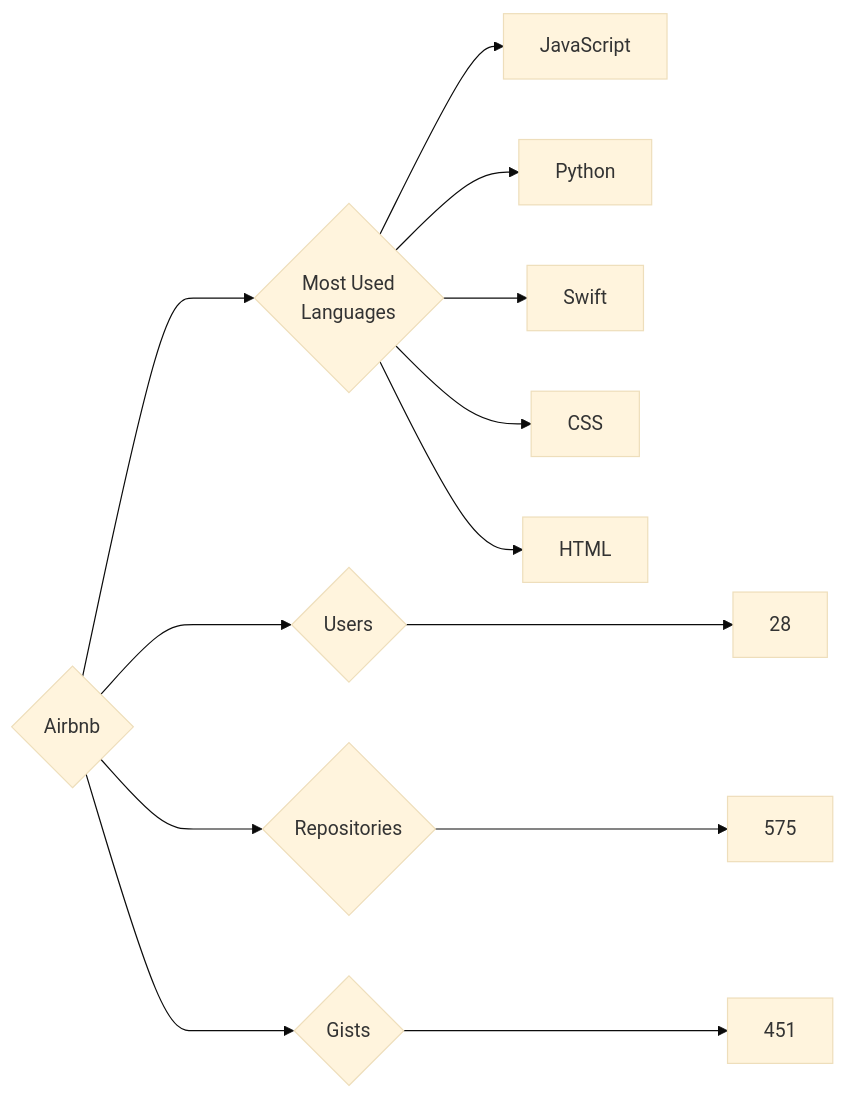
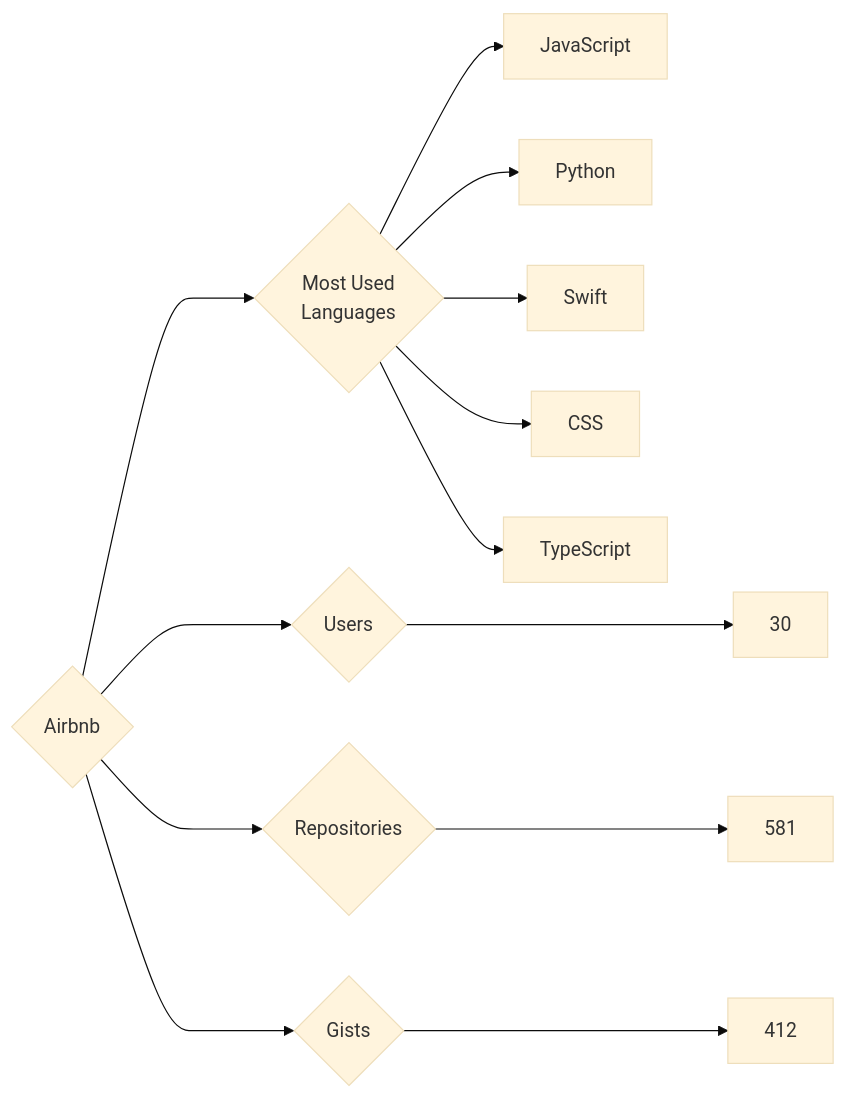
The diagram in targets/Airbnb/README.md (trickest/insiders), drawn with Mermaid (base theme) before and after one commit. The commit also changed 861 other files, not shown here.

````diff
--- a/targets/Airbnb/README.md
+++ b/targets/Airbnb/README.md
@@ -3,13 +3,13 @@
 ```mermaid
 graph LR
 COMPANY_NAME{Airbnb}
-COMPANY_NAME ---> U{Users} ---> UN[28]
-COMPANY_NAME ---> R{Repositories} ---> RN[575]
-COMPANY_NAME ---> G{Gists} ---> GN[451]
+COMPANY_NAME ---> U{Users} ---> UN[30]
+COMPANY_NAME ---> R{Repositories} ---> RN[581]
+COMPANY_NAME ---> G{Gists} ---> GN[412]
 COMPANY_NAME ---> ML{Most Used<br>Languages}
 ML --> JavaScript[JavaScript]
 ML --> Python[Python]
 ML --> Swift[Swift]
 ML --> CSS[CSS]
-ML --> HTML[HTML]
+ML --> TypeScript[TypeScript]
 ```
````
